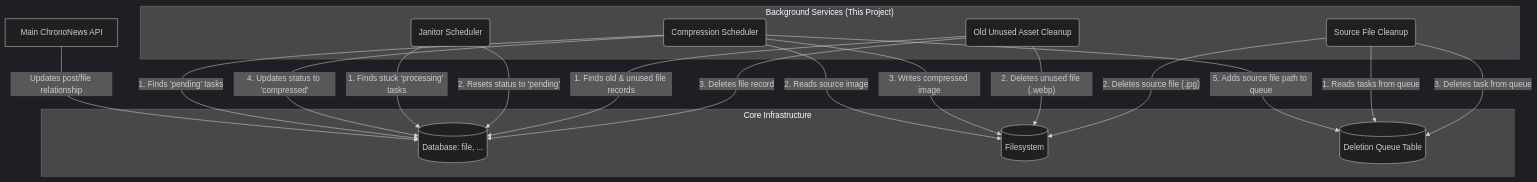
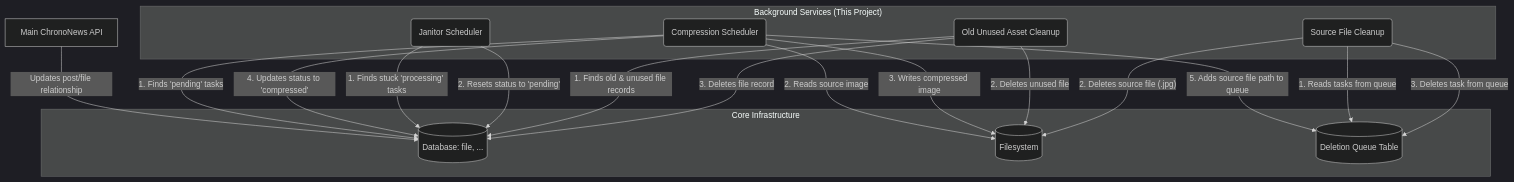
The diagram in README.md (ScrKiddie/ChronoNewsScheduler), drawn with Mermaid (dark theme) before and after one commit. The commit also changed 3 other files, not shown here.

`````diff
--- a/README.md
+++ b/README.md
@@ -19,39 +19,39 @@
 ```mermaid
 graph TD
     %% Define Core Components & Main App
     subgraph "Core Infrastructure"
         DB[(Database: file, ...)]
         FS[(Filesystem)]
         DeletionQueue[(Deletion Queue Table)]
     end
     
     MainApp[Main ChronoNews API]
 
     %% Define Schedulers
     subgraph "Background Services (This Project)"
         CompScheduler(Compression Scheduler)
         JanitorScheduler(Janitor Scheduler)
         CleanupScheduler(Old Unused Asset Cleanup)
         DeletionQueueScheduler(Source File Cleanup)
     end
 
     %% Define Interactions
     MainApp -- "Updates post/file relationship" --> DB
 
     CompScheduler -- "1. Finds 'pending' tasks" --> DB
     CompScheduler -- "2. Reads source image" --> FS
     CompScheduler -- "3. Writes compressed image" --> FS
     CompScheduler -- "4. Updates status to 'compressed'" --> DB
     CompScheduler -- "5. Adds source file path to queue" --> DeletionQueue
 
     JanitorScheduler -- "1. Finds stuck 'processing' tasks" --> DB
     JanitorScheduler -- "2. Resets status to 'pending'" --> DB
 
     CleanupScheduler -- "1. Finds old & unused file records" --> DB
-    CleanupScheduler -- "2. Deletes unused file (.webp)" --> FS
+    CleanupScheduler -- "2. Deletes unused file" --> FS
     CleanupScheduler -- "3. Deletes file record" --> DB
 
     DeletionQueueScheduler -- "1. Reads tasks from queue" --> DeletionQueue
     DeletionQueueScheduler -- "2. Deletes source file (.jpg)" --> FS
     DeletionQueueScheduler -- "3. Deletes task from queue" --> DeletionQueue
 ````
`````
